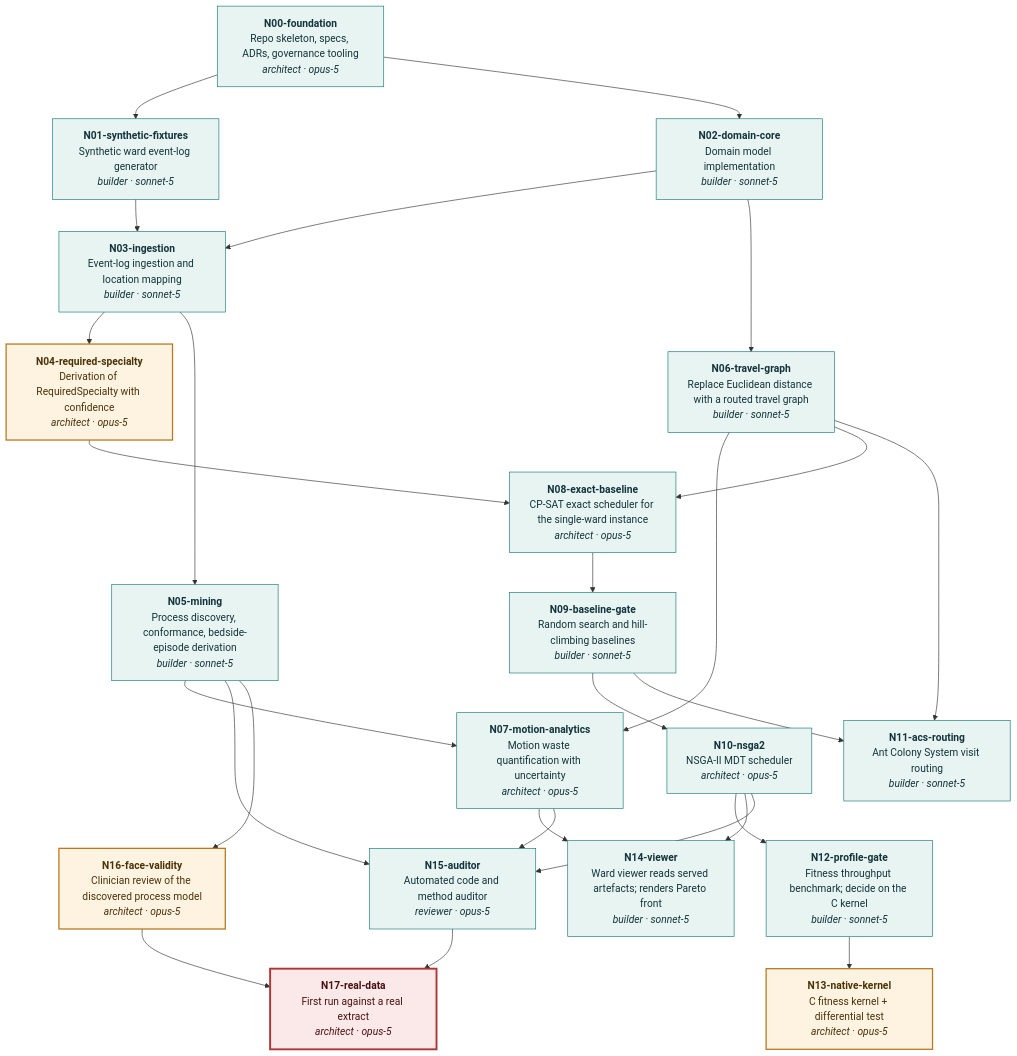
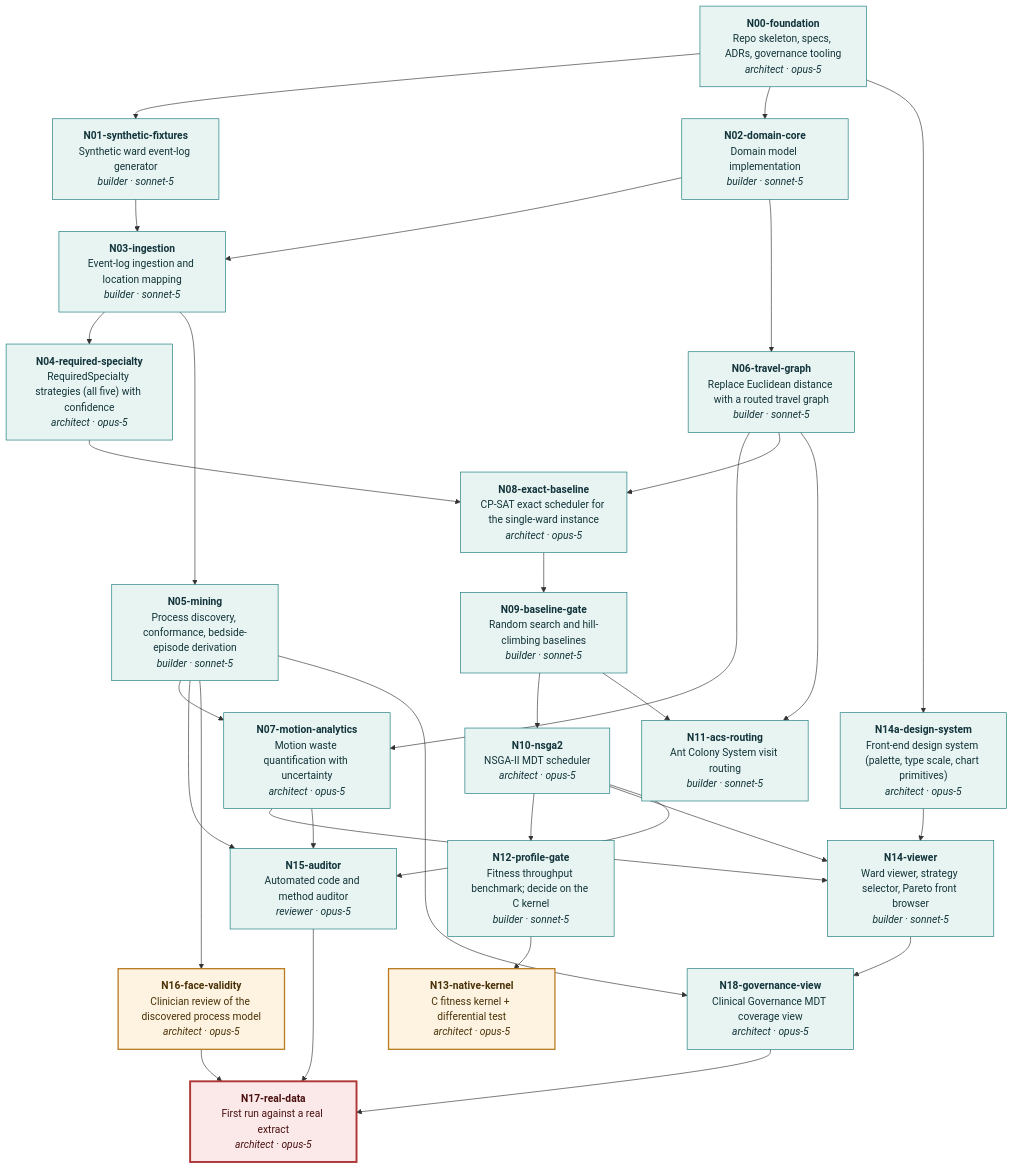
Before and after one commit to mmonfar/hospital-ward-process-mining: the diagram in orchestration/graph.mmd, drawn with Mermaid. The commit also changed 7 other files, not shown here.

First line of the commit message:
Resolve N04 gate; add governance monitoring (ADR-0006); raise front-end design bar

```diff
--- a/orchestration/graph.mmd
+++ b/orchestration/graph.mmd
@@ -1,50 +1,57 @@
 %% GENERATED by `hwpm govern graph --mermaid`. Edit graph.yaml instead.
 flowchart TD
   classDef auto fill:#e8f4f2,stroke:#16777a,color:#12343a;
   classDef confirm fill:#fdf3e0,stroke:#b8791f,color:#4a3208,stroke-width:2px;
   classDef stop fill:#fbe9e9,stroke:#b03636,color:#4a1010,stroke-width:3px;
 
   N00-foundation["<b>N00-foundation</b><br/>Repo skeleton, specs, ADRs, governance tooling<br/><i>architect · opus-5</i>"]:::auto
   N01-synthetic-fixtures["<b>N01-synthetic-fixtures</b><br/>Synthetic ward event-log generator<br/><i>builder · sonnet-5</i>"]:::auto
   N02-domain-core["<b>N02-domain-core</b><br/>Domain model implementation<br/><i>builder · sonnet-5</i>"]:::auto
   N03-ingestion["<b>N03-ingestion</b><br/>Event-log ingestion and location mapping<br/><i>builder · sonnet-5</i>"]:::auto
-  N04-required-specialty["<b>N04-required-specialty</b><br/>Derivation of RequiredSpecialty with confidence<br/><i>architect · opus-5</i>"]:::confirm
+  N04-required-specialty["<b>N04-required-specialty</b><br/>RequiredSpecialty strategies (all five) with confidence<br/><i>architect · opus-5</i>"]:::auto
   N05-mining["<b>N05-mining</b><br/>Process discovery, conformance, bedside-episode derivation<br/><i>builder · sonnet-5</i>"]:::auto
   N06-travel-graph["<b>N06-travel-graph</b><br/>Replace Euclidean distance with a routed travel graph<br/><i>builder · sonnet-5</i>"]:::auto
   N07-motion-analytics["<b>N07-motion-analytics</b><br/>Motion waste quantification with uncertainty<br/><i>architect · opus-5</i>"]:::auto
   N08-exact-baseline["<b>N08-exact-baseline</b><br/>CP-SAT exact scheduler for the single-ward instance<br/><i>architect · opus-5</i>"]:::auto
   N09-baseline-gate["<b>N09-baseline-gate</b><br/>Random search and hill-climbing baselines<br/><i>builder · sonnet-5</i>"]:::auto
   N10-nsga2["<b>N10-nsga2</b><br/>NSGA-II MDT scheduler<br/><i>architect · opus-5</i>"]:::auto
   N11-acs-routing["<b>N11-acs-routing</b><br/>Ant Colony System visit routing<br/><i>builder · sonnet-5</i>"]:::auto
   N12-profile-gate["<b>N12-profile-gate</b><br/>Fitness throughput benchmark; decide on the C kernel<br/><i>builder · sonnet-5</i>"]:::auto
   N13-native-kernel["<b>N13-native-kernel</b><br/>C fitness kernel + differential test<br/><i>architect · opus-5</i>"]:::confirm
-  N14-viewer["<b>N14-viewer</b><br/>Ward viewer reads served artefacts; renders Pareto front<br/><i>builder · sonnet-5</i>"]:::auto
+  N14a-design-system["<b>N14a-design-system</b><br/>Front-end design system (palette, type scale, chart primitives)<br/><i>architect · opus-5</i>"]:::auto
+  N14-viewer["<b>N14-viewer</b><br/>Ward viewer, strategy selector, Pareto front browser<br/><i>builder · sonnet-5</i>"]:::auto
   N15-auditor["<b>N15-auditor</b><br/>Automated code and method auditor<br/><i>reviewer · opus-5</i>"]:::auto
   N16-face-validity["<b>N16-face-validity</b><br/>Clinician review of the discovered process model<br/><i>architect · opus-5</i>"]:::confirm
+  N18-governance-view["<b>N18-governance-view</b><br/>Clinical Governance MDT coverage view<br/><i>architect · opus-5</i>"]:::auto
   N17-real-data["<b>N17-real-data</b><br/>First run against a real extract<br/><i>architect · opus-5</i>"]:::stop
 
   N00-foundation --> N01-synthetic-fixtures
   N00-foundation --> N02-domain-core
   N02-domain-core --> N03-ingestion
   N01-synthetic-fixtures --> N03-ingestion
   N03-ingestion --> N04-required-specialty
   N03-ingestion --> N05-mining
   N02-domain-core --> N06-travel-graph
   N05-mining --> N07-motion-analytics
   N06-travel-graph --> N07-motion-analytics
   N06-travel-graph --> N08-exact-baseline
   N04-required-specialty --> N08-exact-baseline
   N08-exact-baseline --> N09-baseline-gate
   N09-baseline-gate --> N10-nsga2
   N06-travel-graph --> N11-acs-routing
   N09-baseline-gate --> N11-acs-routing
   N10-nsga2 --> N12-profile-gate
   N12-profile-gate --> N13-native-kernel
+  N00-foundation --> N14a-design-system
   N07-motion-analytics --> N14-viewer
   N10-nsga2 --> N14-viewer
+  N14a-design-system --> N14-viewer
   N05-mining --> N15-auditor
   N07-motion-analytics --> N15-auditor
   N10-nsga2 --> N15-auditor
   N05-mining --> N16-face-validity
+  N14-viewer --> N18-governance-view
+  N05-mining --> N18-governance-view
   N15-auditor --> N17-real-data
   N16-face-validity --> N17-real-data
+  N18-governance-view --> N17-real-data
```
